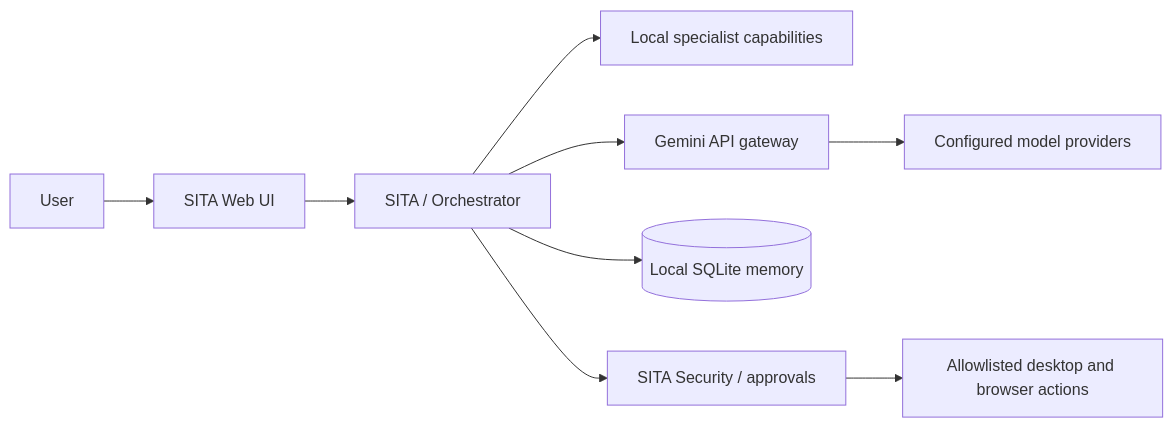
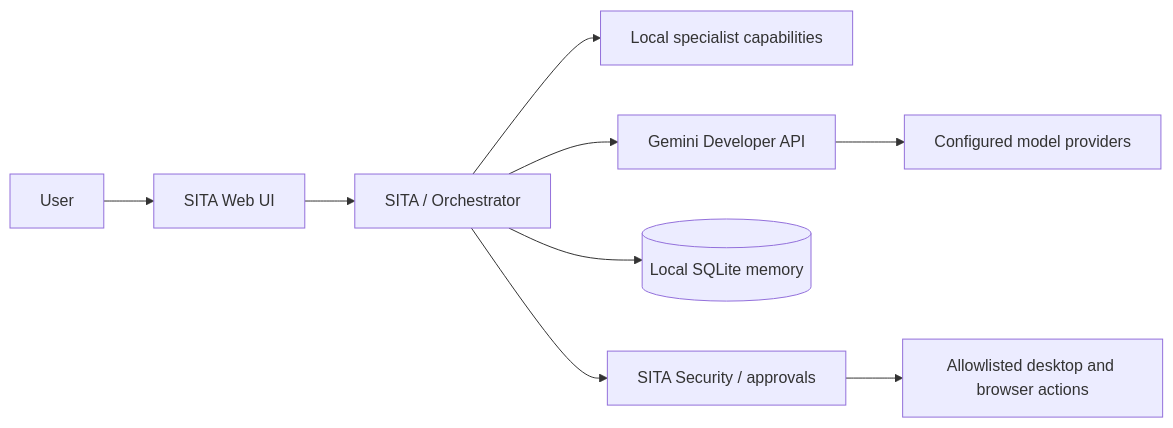
Before and after one commit to deathkernel/SITA: the first of 12 diagrams in README.md, drawn with Mermaid. The commit also changed other lines of this file, not shown here.

Commit message:
Correct README for direct Gemini Developer API use

````diff
--- a/README.md
+++ b/README.md
@@ -329,11 +329,11 @@
 ```mermaid
 flowchart LR
   User[User] --> UI[SITA Web UI]
   UI --> App[SITA / Orchestrator]
   App --> Specialists[Local specialist capabilities]
-  App --> Gateway[Gemini API gateway]
+  App --> Gateway[Gemini Developer API]
   Gateway --> Providers[Configured model providers]
   App --> SQLite[(Local SQLite memory)]
   App --> Security[SITA Security / approvals]
   Security --> Tools[Allowlisted desktop and browser actions]
 ```
````
